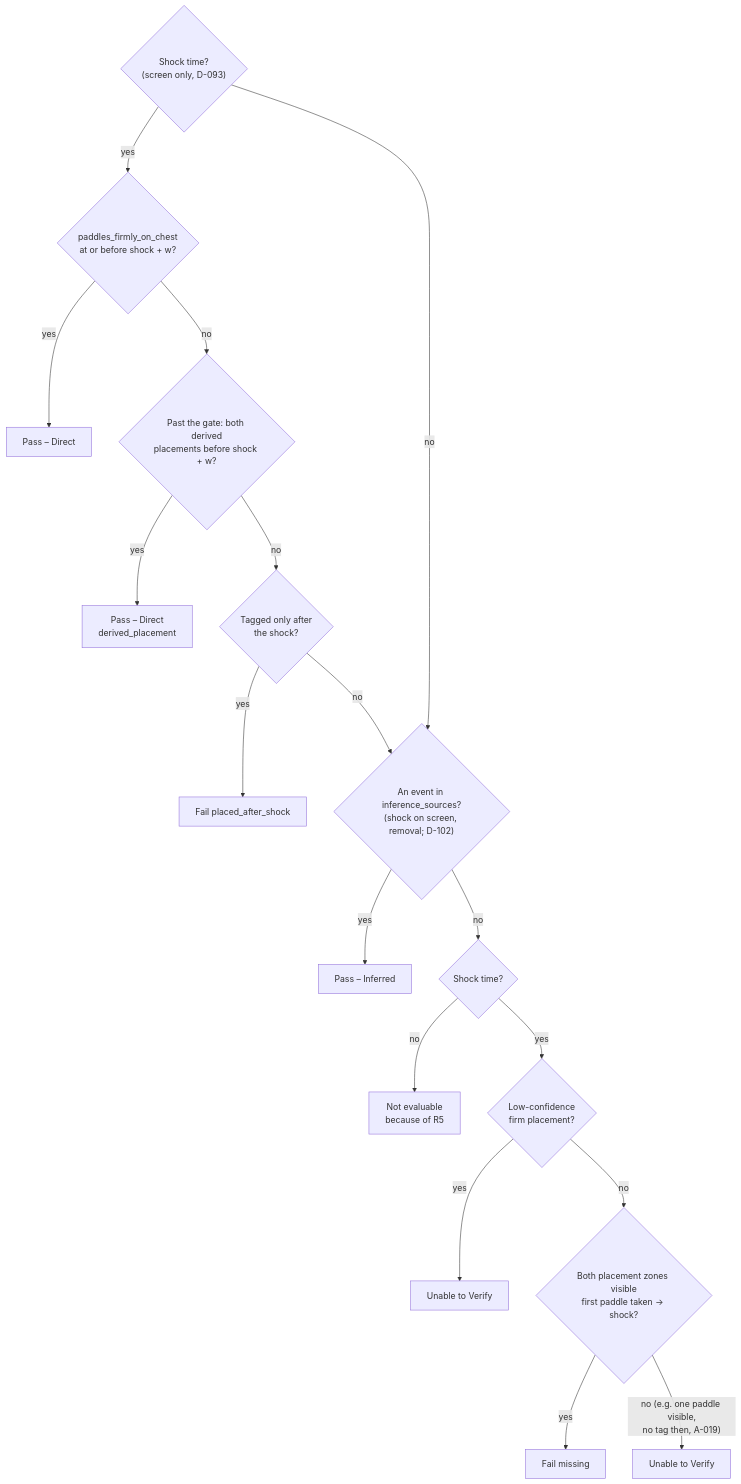
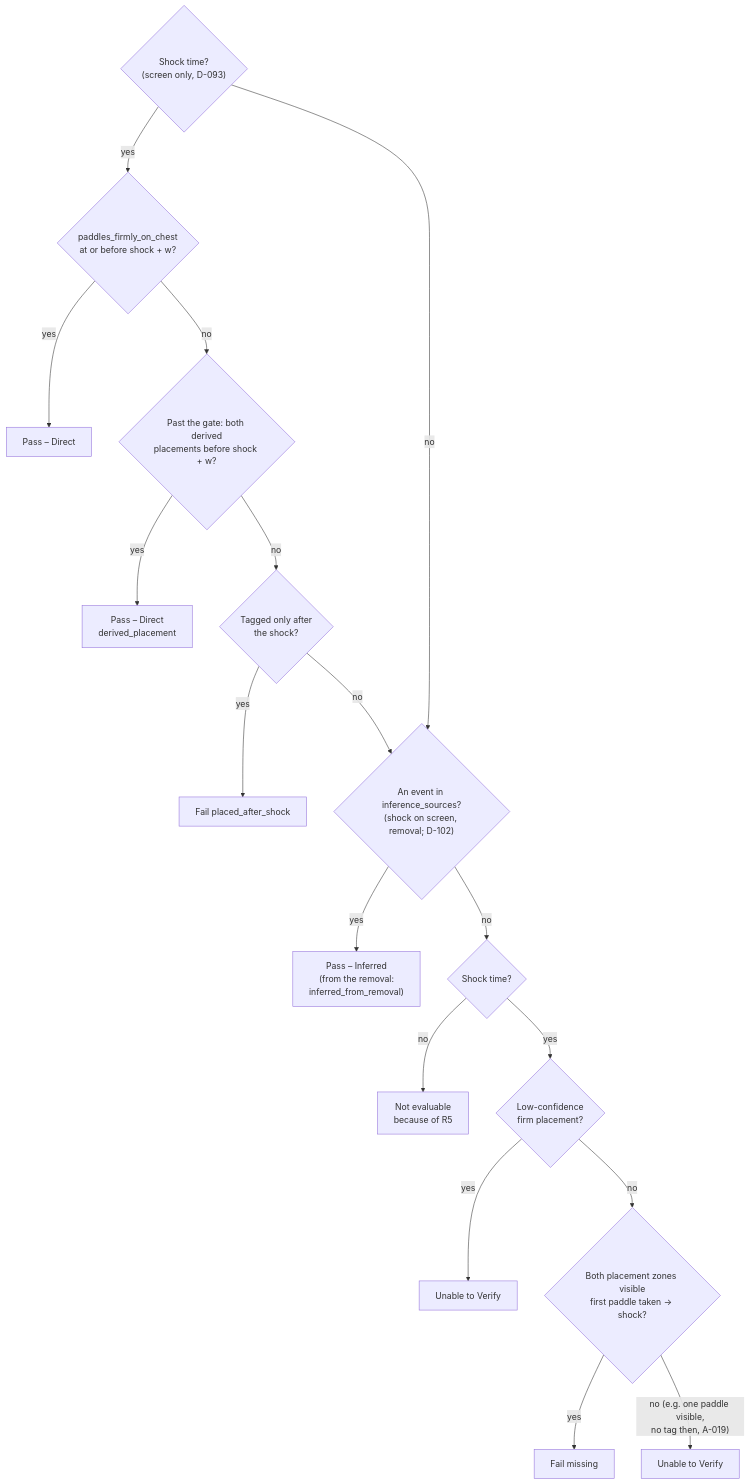
One commit to ananthu65/defibrillator_research changed diagram 13 of 14 in docs/rule_engine/diagrams.md. Above: the diagram before and after it, drawn with Mermaid. The commit also changed other lines of this file and 29 other files, not shown here.

````diff
--- a/docs/rule_engine/diagrams.md
+++ b/docs/rule_engine/diagrams.md
@@ -344,19 +344,19 @@
 ```mermaid
 flowchart TD
     S{"Shock time?<br/>(screen only, D-093)"} -->|yes| T{"paddles_firmly_on_chest<br/>at or before shock + w?"}
     T -->|yes| P1["Pass – Direct"]
     T -->|no| D{"Past the gate: both derived<br/>placements before shock + w?"}
     D -->|yes| P2["Pass – Direct<br/>derived_placement"]
     D -->|no| L{"Tagged only after<br/>the shock?"}
     L -->|yes| F1["Fail placed_after_shock"]
     L -->|no| I
     S -->|no| I{"An event in inference_sources?<br/>(shock on screen, removal; D-102)"}
-    I -->|yes| P3["Pass – Inferred"]
+    I -->|yes| P3["Pass – Inferred<br/>(from the removal:<br/>inferred_from_removal)"]
     I -->|no| N{"Shock time?"}
     N -->|no| NE["Not evaluable<br/>because of R5"]
     N -->|yes| W{"Low-confidence<br/>firm placement?"}
     W -->|yes| U1["Unable to Verify"]
     W -->|no| Z{"Both placement zones visible<br/>first paddle taken → shock?"}
     Z -->|yes| F2["Fail missing"]
     Z -->|"no (e.g. one paddle visible,<br/>no tag then, A-019)"| U2["Unable to Verify"]
 ```
````
